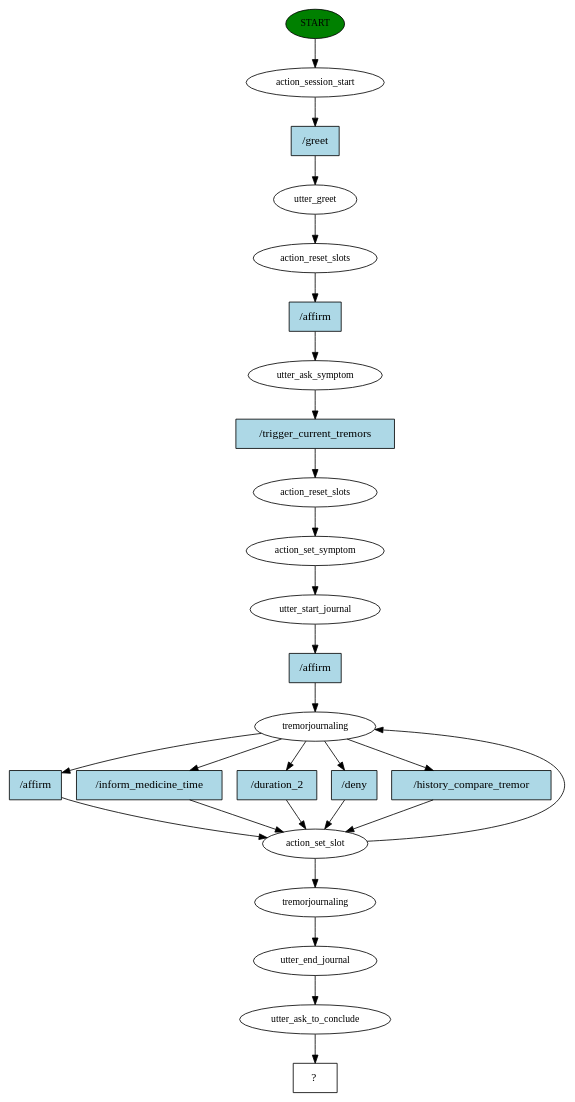
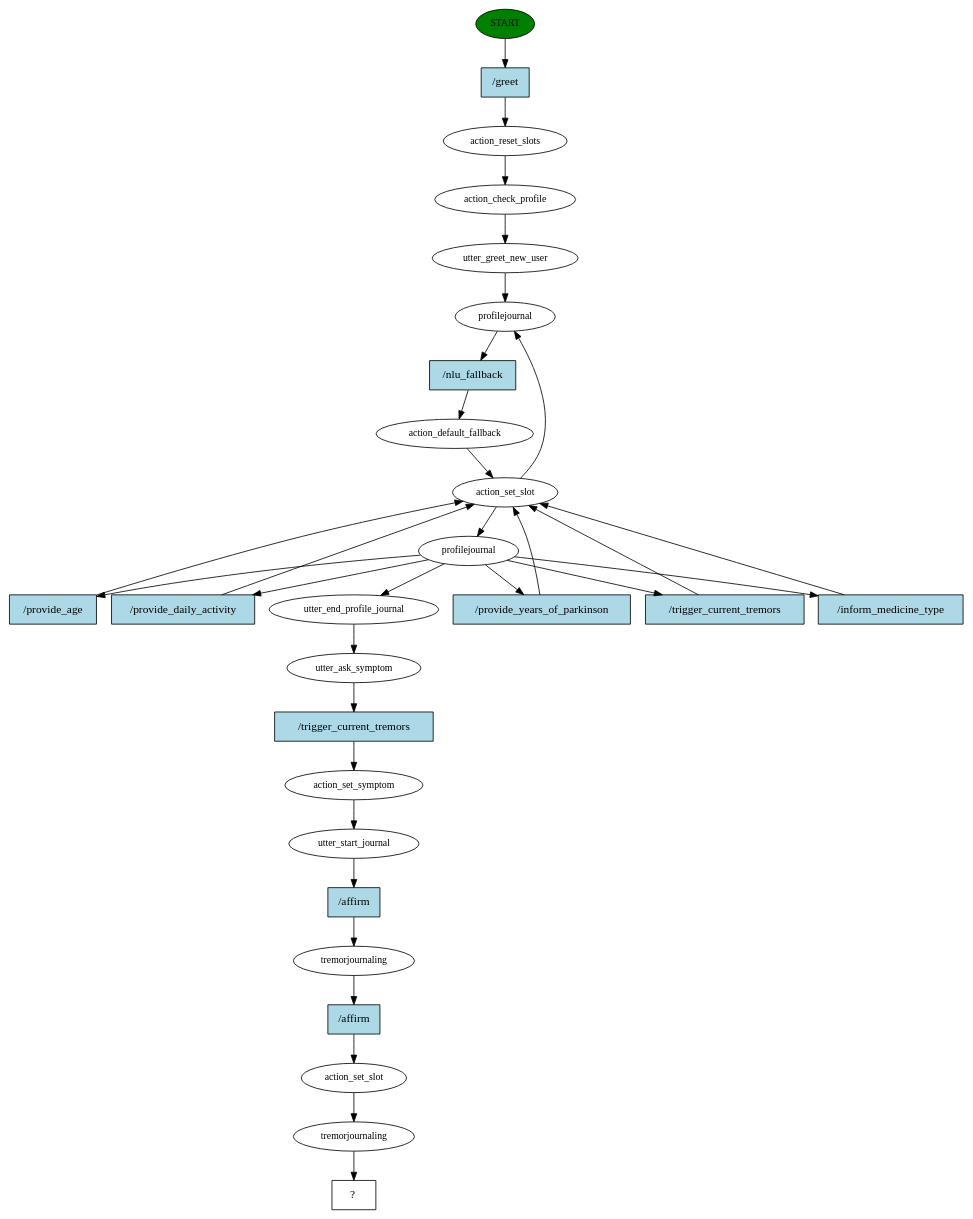
The diagram in story_graph.dot (mashrur29/AI-Enabled-Conversational-Journaling-Agent), drawn with Graphviz before and after one commit. The commit also changed 17 other files, not shown here.

Commit message:
added profile journal

```diff
--- a/story_graph.dot
+++ b/story_graph.dot
@@ -1,52 +1,59 @@
 digraph  {
 0 [class="start active", fillcolor=green, fontsize=12, label=START, style=filled];
-1 [class=active, fontsize=12, label=action_session_start];
-2 [class=active, fontsize=12, label=utter_greet];
-3 [class=active, fontsize=12, label=action_reset_slots];
-4 [class=active, fontsize=12, label=utter_ask_symptom];
-5 [class=active, fontsize=12, label=action_reset_slots];
-6 [class=active, fontsize=12, label=action_set_symptom];
-7 [class=active, fontsize=12, label=utter_start_journal];
-8 [class=active, fontsize=12, label=tremorjournaling];
-9 [class=active, fontsize=12, label=action_set_slot];
-20 [class=active, fontsize=12, label=tremorjournaling];
-21 [class=active, fontsize=12, label=utter_end_journal];
-22 [class=active, fontsize=12, label=utter_ask_to_conclude];
-23 [class="intent dashed active", label="  ?  ", shape=rect];
-24 [class="intent active", fillcolor=lightblue, label="/greet", shape=rect, style=filled];
-25 [class="intent active", fillcolor=lightblue, label="/affirm", shape=rect, style=filled];
-26 [class="intent active", fillcolor=lightblue, label="/trigger_current_tremors", shape=rect, style=filled];
-27 [class="intent active", fillcolor=lightblue, label="/affirm", shape=rect, style=filled];
-28 [class="intent active", fillcolor=lightblue, label="/affirm", shape=rect, style=filled];
-29 [class="intent active", fillcolor=lightblue, label="/inform_medicine_time", shape=rect, style=filled];
-30 [class="intent active", fillcolor=lightblue, label="/duration_2", shape=rect, style=filled];
-31 [class="intent active", fillcolor=lightblue, label="/deny", shape=rect, style=filled];
-32 [class="intent active", fillcolor=lightblue, label="/history_compare_tremor", shape=rect, style=filled];
-0 -> 1  [class=active, key=NONE, label=""];
-1 -> 24  [class=active, key=0];
+1 [class=active, fontsize=12, label=action_reset_slots];
+2 [class=active, fontsize=12, label=action_check_profile];
+3 [class=active, fontsize=12, label=utter_greet_new_user];
+4 [class=active, fontsize=12, label=profilejournal];
+5 [class=active, fontsize=12, label=action_default_fallback];
+6 [class=active, fontsize=12, label=action_set_slot];
+7 [class=active, fontsize=12, label=profilejournal];
+21 [class=active, fontsize=12, label=utter_end_profile_journal];
+22 [class=active, fontsize=12, label=utter_ask_symptom];
+23 [class=active, fontsize=12, label=action_set_symptom];
+24 [class=active, fontsize=12, label=utter_start_journal];
+25 [class=active, fontsize=12, label=tremorjournaling];
+26 [class=active, fontsize=12, label=action_set_slot];
+27 [class=active, fontsize=12, label=tremorjournaling];
+28 [class="intent dashed active", label="  ?  ", shape=rect];
+29 [class="intent active", fillcolor=lightblue, label="/greet", shape=rect, style=filled];
+30 [class="intent active", fillcolor=lightblue, label="/nlu_fallback", shape=rect, style=filled];
+31 [class="intent active", fillcolor=lightblue, label="/provide_age", shape=rect, style=filled];
+32 [class="intent active", fillcolor=lightblue, label="/provide_daily_activity", shape=rect, style=filled];
+33 [class="intent active", fillcolor=lightblue, label="/provide_years_of_parkinson", shape=rect, style=filled];
+34 [class="intent active", fillcolor=lightblue, label="/trigger_current_tremors", shape=rect, style=filled];
+35 [class="intent active", fillcolor=lightblue, label="/inform_medicine_type", shape=rect, style=filled];
+36 [class="intent active", fillcolor=lightblue, label="/trigger_current_tremors", shape=rect, style=filled];
+37 [class="intent active", fillcolor=lightblue, label="/affirm", shape=rect, style=filled];
+38 [class="intent active", fillcolor=lightblue, label="/affirm", shape=rect, style=filled];
+0 -> 29  [class=active, key=0];
+1 -> 2  [class=active, key=NONE, label=""];
 2 -> 3  [class=active, key=NONE, label=""];
-3 -> 25  [class=active, key=0];
-4 -> 26  [class=active, key=0];
+3 -> 4  [class=active, key=NONE, label=""];
+4 -> 30  [class=active, key=0];
 5 -> 6  [class=active, key=NONE, label=""];
 6 -> 7  [class=active, key=NONE, label=""];
-7 -> 27  [class=active, key=0];
-8 -> 28  [class=active, key=0];
-8 -> 29  [class=active, key=0];
-8 -> 30  [class=active, key=0];
-8 -> 31  [class=active, key=0];
-8 -> 32  [class=active, key=0];
-9 -> 8  [class=active, key=NONE, label=""];
-9 -> 20  [class=active, key=NONE, label=""];
-20 -> 21  [class=active, key=NONE, label=""];
+6 -> 4  [class=active, key=NONE, label=""];
+7 -> 21  [class=active, key=NONE, label=""];
+7 -> 31  [class=active, key=0];
+7 -> 32  [class=active, key=0];
+7 -> 33  [class=active, key=0];
+7 -> 34  [class=active, key=0];
+7 -> 35  [class=active, key=0];
 21 -> 22  [class=active, key=NONE, label=""];
-22 -> 23  [class=active, key=NONE, label=""];
-24 -> 2  [class=active, key=0];
-25 -> 4  [class=active, key=0];
-26 -> 5  [class=active, key=0];
-27 -> 8  [class=active, key=0];
-28 -> 9  [class=active, key=0];
-29 -> 9  [class=active, key=0];
-30 -> 9  [class=active, key=0];
-31 -> 9  [class=active, key=0];
-32 -> 9  [class=active, key=0];
+22 -> 36  [class=active, key=0];
+23 -> 24  [class=active, key=NONE, label=""];
+24 -> 37  [class=active, key=0];
+25 -> 38  [class=active, key=0];
+26 -> 27  [class=active, key=NONE, label=""];
+27 -> 28  [class=active, key=NONE, label=""];
+29 -> 1  [class=active, key=0];
+30 -> 5  [class=active, key=0];
+31 -> 6  [class=active, key=0];
+32 -> 6  [class=active, key=0];
+33 -> 6  [class=active, key=0];
+34 -> 6  [class=active, key=0];
+35 -> 6  [class=active, key=0];
+36 -> 23  [class=active, key=0];
+37 -> 25  [class=active, key=0];
+38 -> 26  [class=active, key=0];
 }
```
